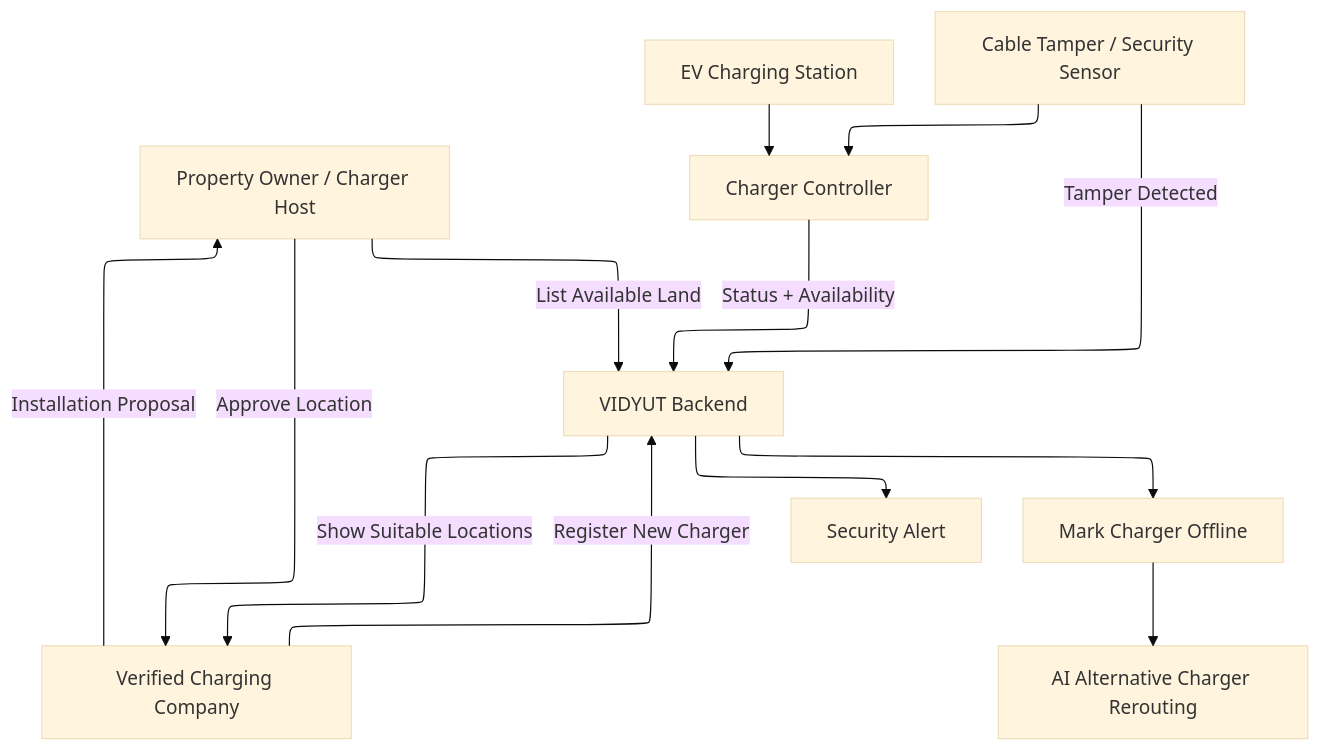
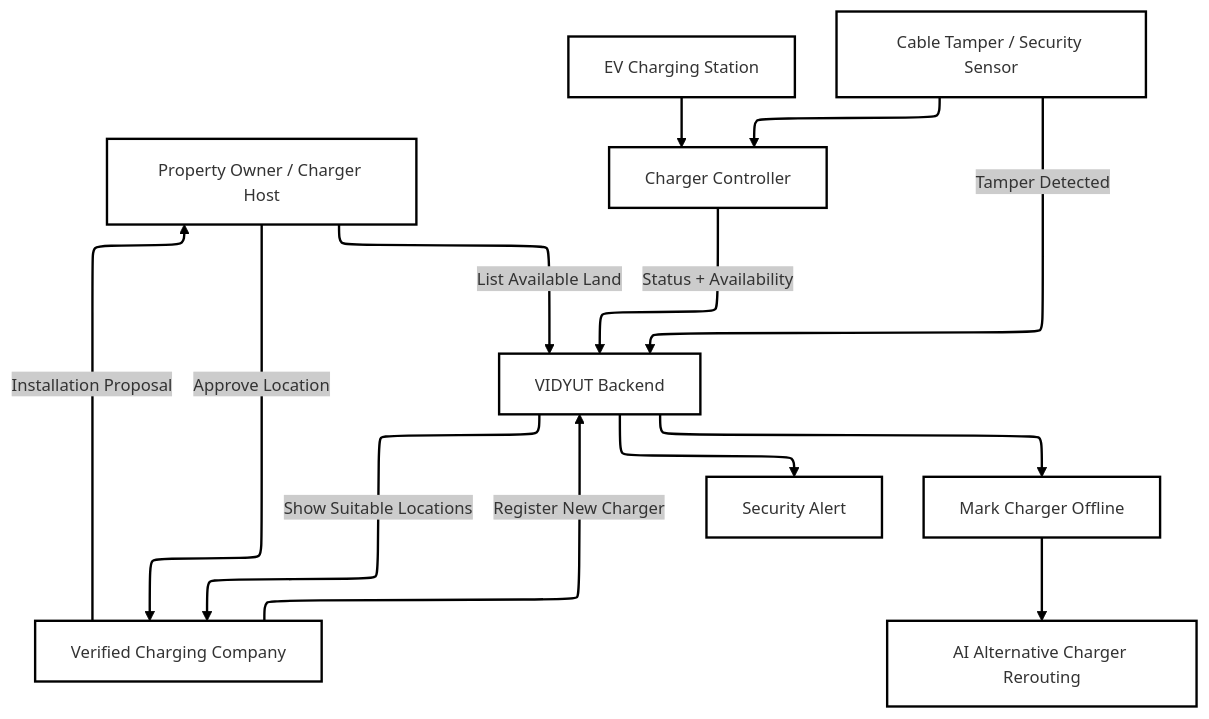
One commit to cs1m2414238/vidyutEV-1.0 changed the second of 2 diagrams in docs/CONSOLIDATED_DOCUMENTATION.md. Above: the diagram before and after it, drawn with Mermaid.

````diff
--- a/docs/CONSOLIDATED_DOCUMENTATION.md
+++ b/docs/CONSOLIDATED_DOCUMENTATION.md
@@ -62,19 +62,19 @@
 ```mermaid
 ---
 config:
   layout: elk
-  theme: base
+  theme: neo
 ---
 flowchart TB
     HOST["Property Owner / Charger Host"] -- List Available Land --> BACKEND["VIDYUT Backend"]
     BACKEND -- Show Suitable Locations --> COMPANY["Verified Charging Company"]
     COMPANY -- Installation Proposal --> HOST
     HOST -- Approve Location --> COMPANY
     COMPANY -- Register New Charger --> BACKEND
     STATION["EV Charging Station"] --> CONTROLLER["Charger Controller"]
     SENSOR["Cable Tamper / Security Sensor"] --> CONTROLLER
     CONTROLLER -- Status + Availability --> BACKEND
     SENSOR -- Tamper Detected --> BACKEND
     BACKEND --> ALERT["Security Alert"] & OFFLINE["Mark Charger Offline"]
     OFFLINE --> REROUTE["AI Alternative Charger Rerouting"]
 ```
````
